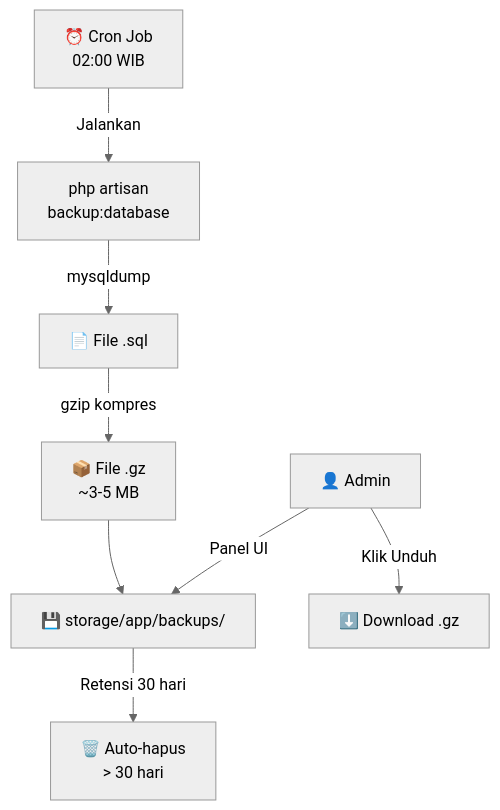
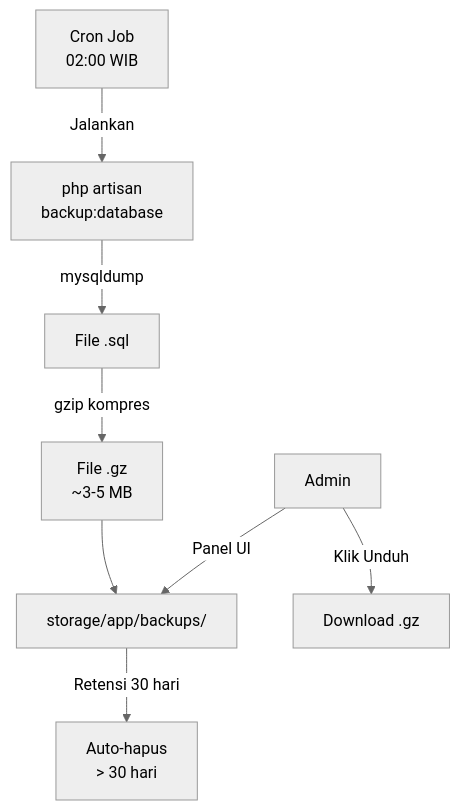
One commit to diskonnekted/jdih changed the fifth of 7 diagrams in docs/laporan_pentest_jdih.md. Above: the diagram before and after it, drawn with Mermaid (neutral theme). The commit also changed other lines of this file and 2 other files, not shown here.

First line of the commit message:
docs: hapus semua emoji dari laporan MD (clean text only)

````diff
--- a/docs/laporan_pentest_jdih.md
+++ b/docs/laporan_pentest_jdih.md
@@ -132,10 +130,10 @@
 ```mermaid
 flowchart TD
-    Cron["⏰ Cron Job\n02:00 WIB"] -->|Jalankan| Cmd["php artisan\nbackup:database"]
-    Cmd -->|mysqldump| SQL["📄 File .sql"]
-    SQL -->|gzip kompres| GZ["📦 File .gz\n~3-5 MB"]
-    GZ --> Store["💾 storage/app/backups/"]
-    Store -->|Retensi 30 hari| Prune["🗑️ Auto-hapus\n> 30 hari"]
-    Admin["👤 Admin"] -->|Panel UI| Store
-    Admin -->|Klik Unduh| DL["⬇️ Download .gz"]
+    Cron["Cron Job\n02:00 WIB"] -->|Jalankan| Cmd["php artisan\nbackup:database"]
+    Cmd -->|mysqldump| SQL["File .sql"]
+    SQL -->|gzip kompres| GZ["File .gz\n~3-5 MB"]
+    GZ --> Store["storage/app/backups/"]
+    Store -->|Retensi 30 hari| Prune["Auto-hapus\n> 30 hari"]
+    Admin["Admin"] -->|Panel UI| Store
+    Admin -->|Klik Unduh| DL["Download .gz"]
 ```
````
